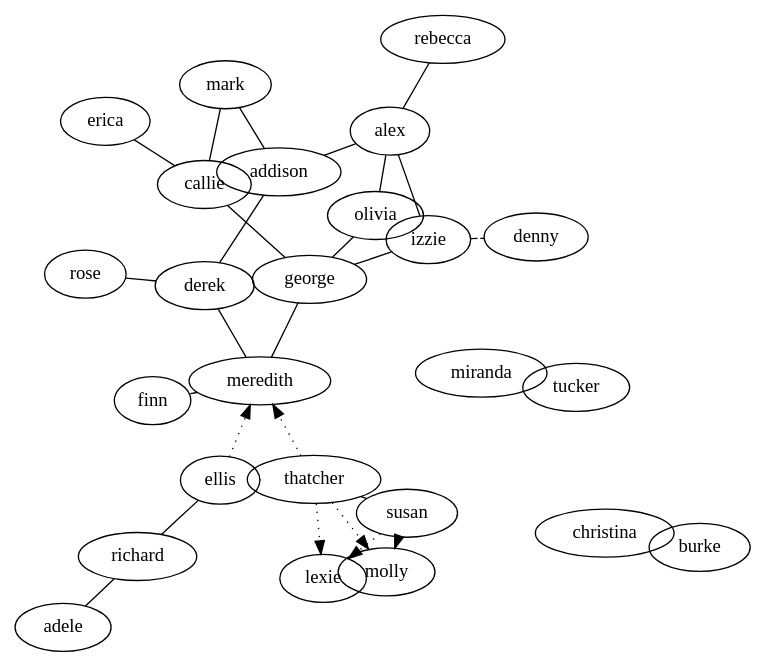
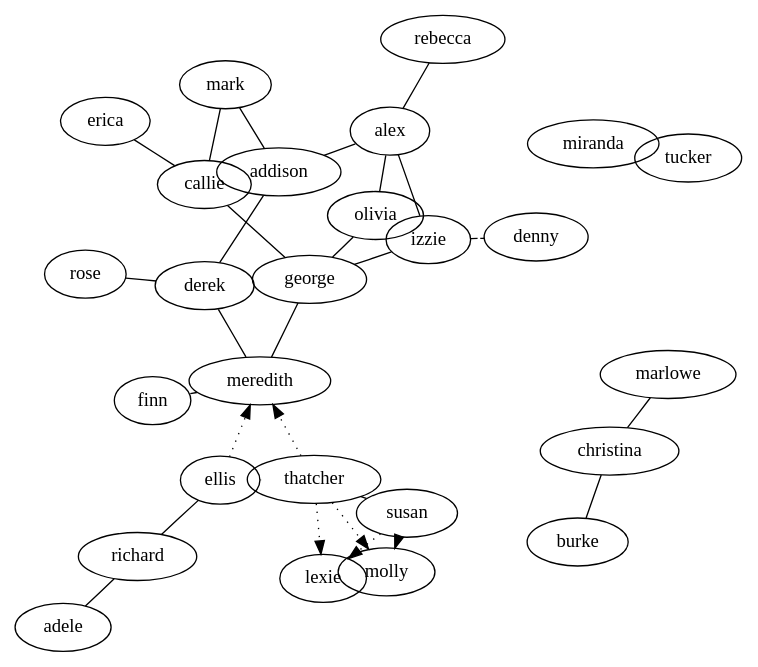
One commit to chrisman/graphviz changed the diagram in greys.dot. Above: the diagram before and after it, drawn with Graphviz. The commit also changed 2 other files, not shown here.

```diff
--- a/greys.dot
+++ b/greys.dot
@@ -1,56 +1,57 @@
 /*
  *  Relationships on Grey's Anatomy
  */
 
 graph G {
   layout=neato
 
 
   subgraph season_0 {
     label="Season 0" // before the show started
     adele -- richard -- ellis -- thatcher -- susan
     derek -- addison -- mark 
     miranda -- tucker
+    christina -- marlowe
 
     // children and parents
     ellis    -- meredith [ style=dotted dir=forward arrowhead=normal]
     thatcher -- meredith [ style=dotted dir=forward arrowhead=normal]
     susan    -- molly    [ style=dotted dir=forward arrowhead=normal]
     thatcher -- molly    [ style=dotted dir=forward arrowhead=normal]
     susan    -- lexie    [ style=dotted dir=forward arrowhead=normal]
     thatcher -- lexie    [ style=dotted dir=forward arrowhead=normal]
   }
 
 
   subgraph season_1 {
     label="Season 1"
     meredith -- derek
     christina -- burke
     george -- olivia -- alex
   }
   
   subgraph season_2 {
     label="Season 2"
     george -- meredith // meredith cried and cried and broke george
     meredith -- finn [style=dashed] // dated. never boinked.
     alex -- izzie
     izzie -- denny [style=dashed] // engaged. never boinked.
     george -- callie
     erica
   }
 
   subgraph season_3 {
     label="Season 3"
     mark -- callie
     george -- izzie  // after george and callie got married!
     alex -- addison
   }
 
   subgraph season_4 {
     label="Season 4"
     derek -- rose
     alex -- rebecca
     callie -- erica
   }
 
 }
```
